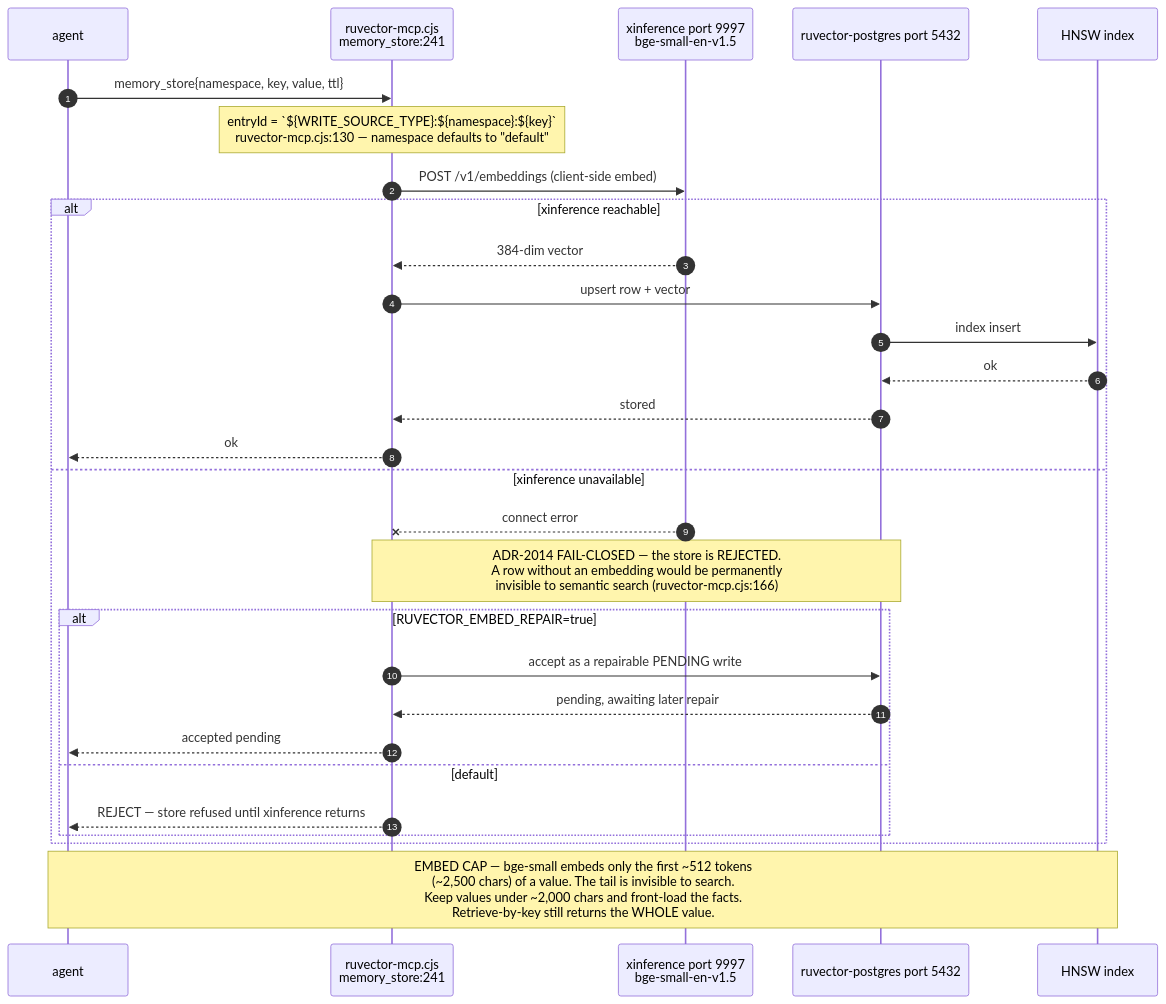
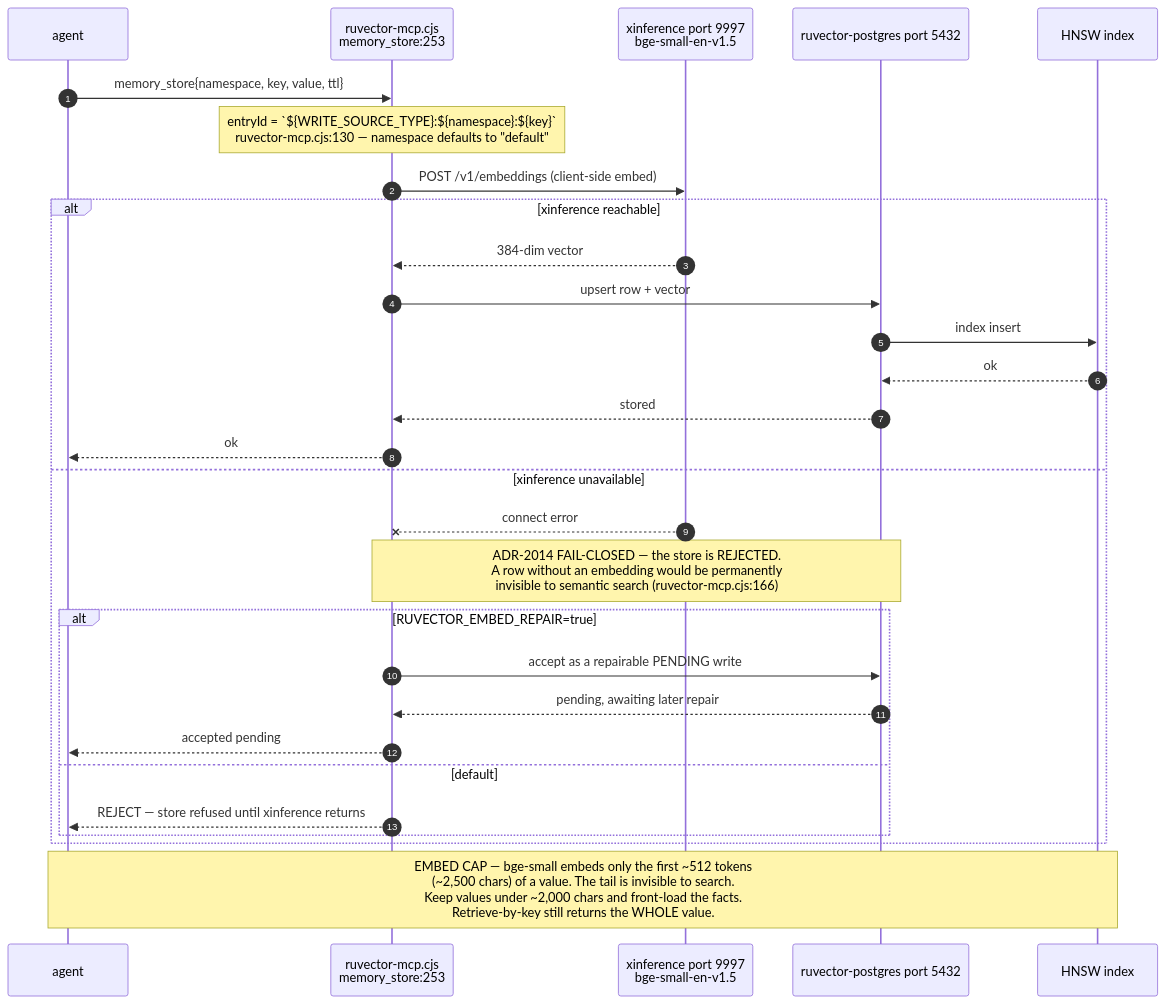
The second of 6 diagrams in docs/diagrams/estate/07-memory-and-embedding-estate.md (DreamLab-AI/VisionFlow), drawn with Mermaid before and after one commit. The commit also changed other lines of this file and 136 other files, not shown here.

First line of the commit message:
docs(diagrams): refresh the whole corpus to code HEAD and prune low-value diagrams

````diff
--- a/docs/diagrams/estate/07-memory-and-embedding-estate.md
+++ b/docs/diagrams/estate/07-memory-and-embedding-estate.md
@@ -66,32 +71,32 @@
 ```mermaid
 sequenceDiagram
     autonumber
     participant A as agent
-    participant M as ruvector-mcp.cjs<br/>memory_store:241
+    participant M as ruvector-mcp.cjs<br/>memory_store:253
     participant X as xinference port 9997<br/>bge-small-en-v1.5
     participant P as ruvector-postgres port 5432
     participant H as HNSW index
 
     A->>M: memory_store{namespace, key, value, ttl}
     Note over M: entryId = `${WRITE_SOURCE_TYPE}:${namespace}:${key}`<br/>ruvector-mcp.cjs:130 — namespace defaults to "default"
     M->>X: POST /v1/embeddings (client-side embed)
     alt xinference reachable
         X-->>M: 384-dim vector
         M->>P: upsert row + vector
         P->>H: index insert
         H-->>P: ok
         P-->>M: stored
         M-->>A: ok
     else xinference unavailable
         X--xM: connect error
         Note over M,P: ADR-2014 FAIL-CLOSED — the store is REJECTED.<br/>A row without an embedding would be permanently<br/>invisible to semantic search (ruvector-mcp.cjs:166)
         alt RUVECTOR_EMBED_REPAIR=true
             M->>P: accept as a repairable PENDING write
             P-->>M: pending, awaiting later repair
             M-->>A: accepted pending
         else default
             M-->>A: REJECT — store refused until xinference returns
         end
     end
     Note over A,H: EMBED CAP — bge-small embeds only the first ~512 tokens<br/>(~2,500 chars) of a value. The tail is invisible to search.<br/>Keep values under ~2,000 chars and front-load the facts.<br/>Retrieve-by-key still returns the WHOLE value.
 ```
````
